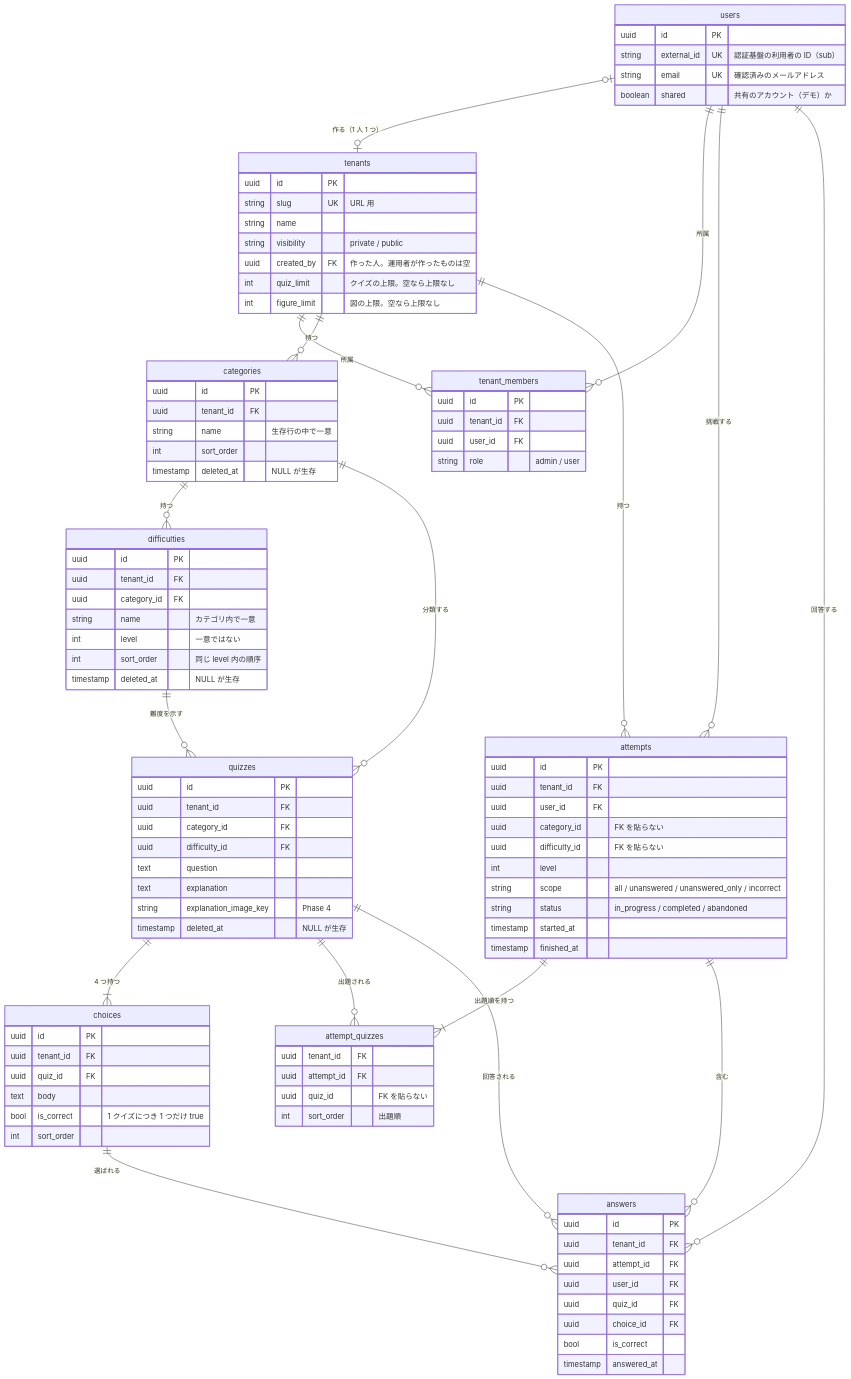
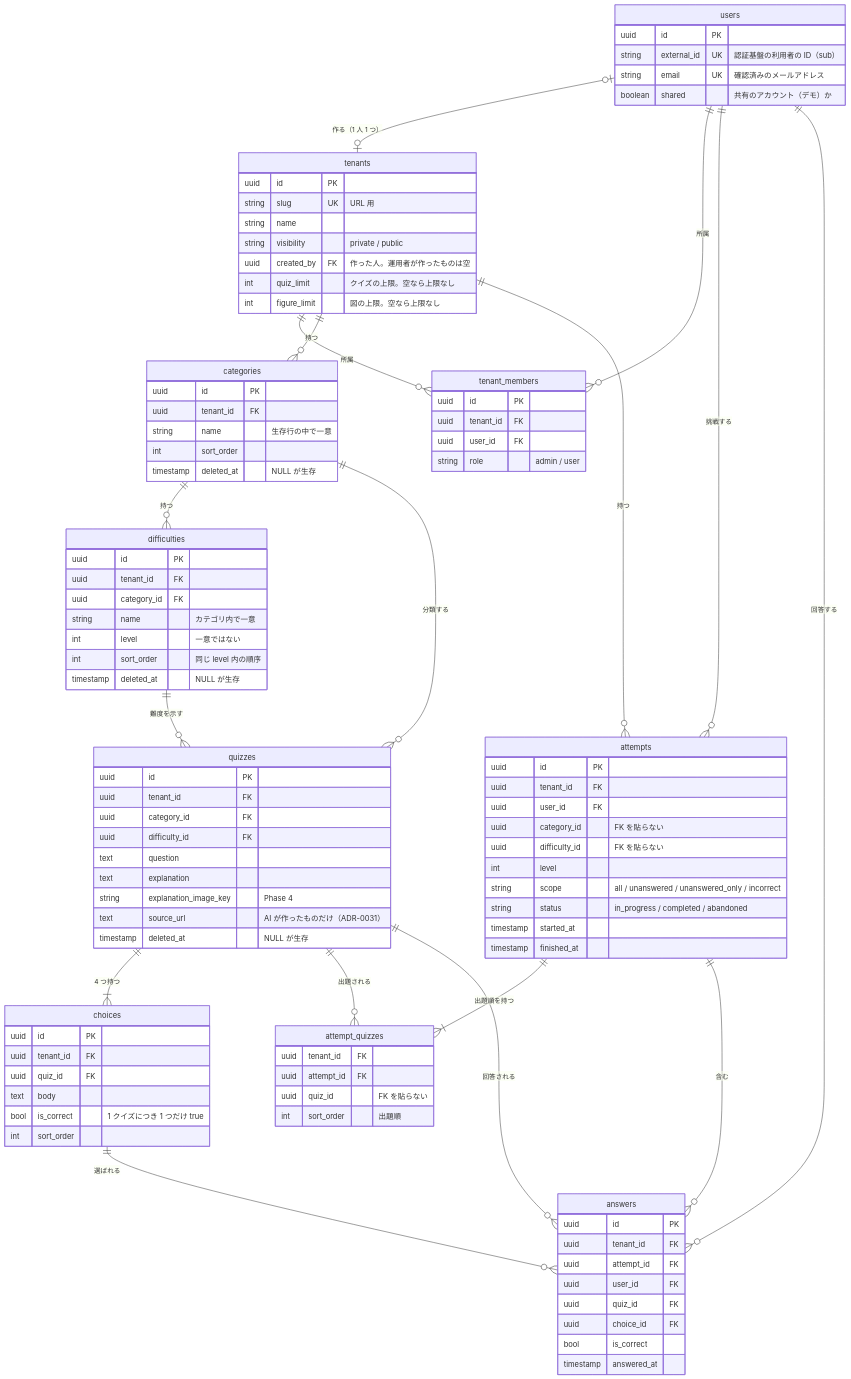
The diagram in docs/domain-model.md (fujitamasayoshi0402/quiz-app), drawn with Mermaid before and after one commit. The commit also changed other lines of this file and 6 other files, not shown here.

```diff
--- a/docs/domain-model.md
+++ b/docs/domain-model.md
@@ -388,6 +389,7 @@
         text question
         text explanation
         string explanation_image_key "Phase 4"
+        text source_url "AI が作ったものだけ（ADR-0031）"
         timestamp deleted_at "NULL が生存"
     }
     choices {
```
